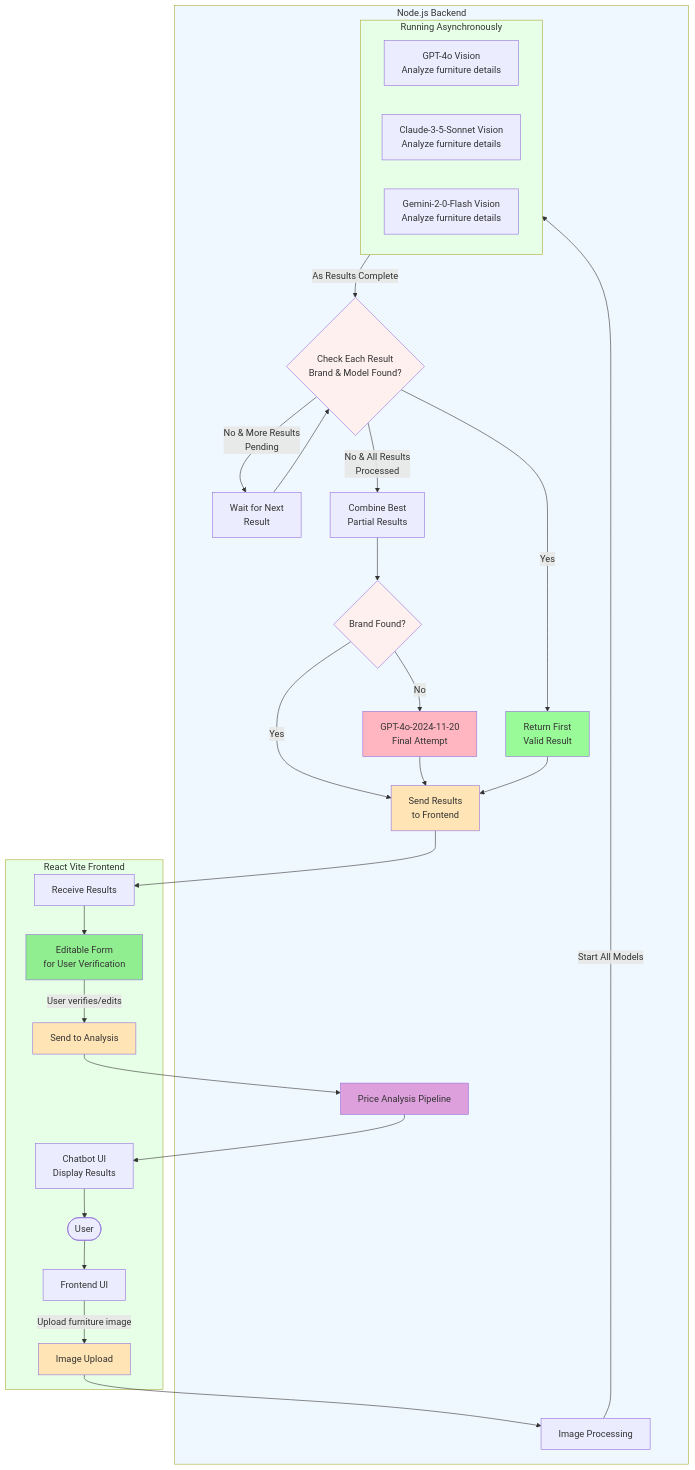
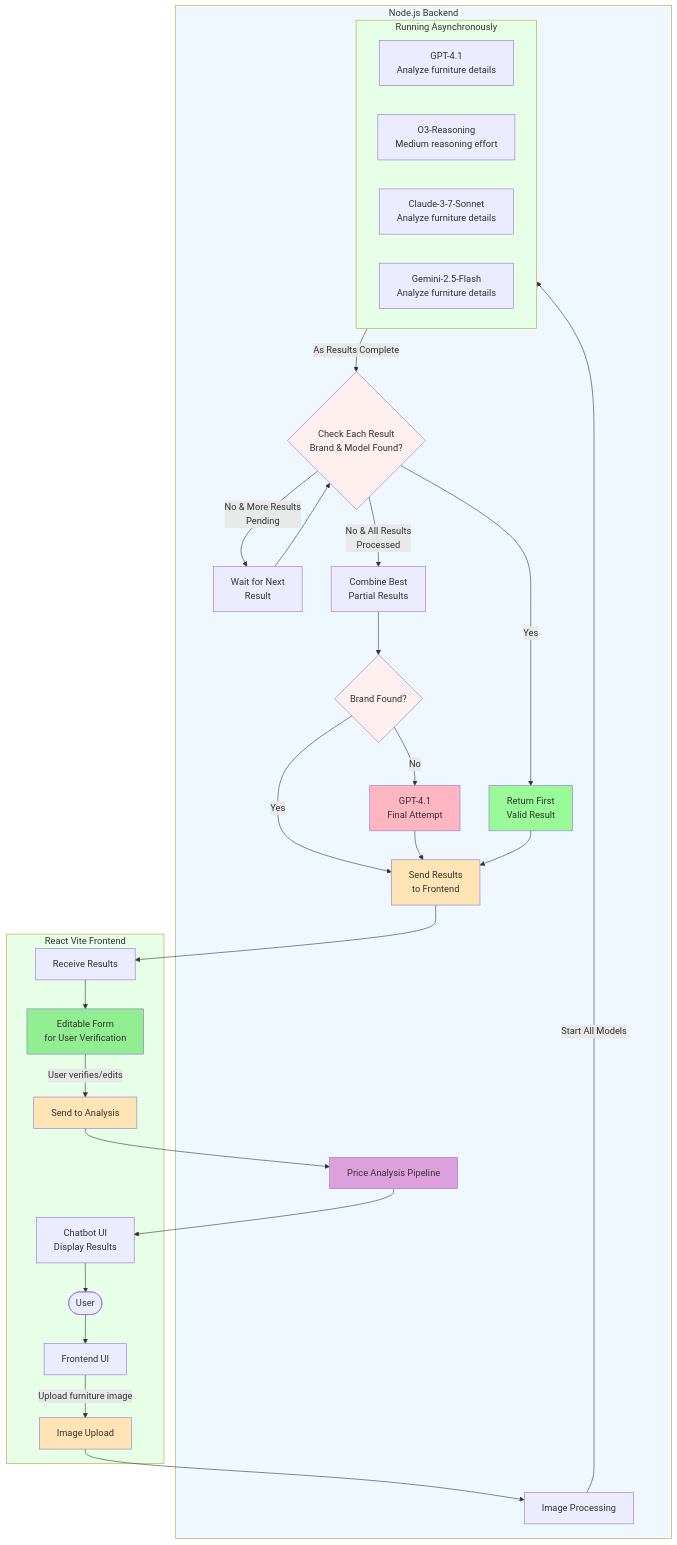
Before and after one commit to team-alya/kaluste-backend: the first of 2 diagrams in README.md, drawn with Mermaid. The commit also changed other lines of this file and 14 other files, not shown here.

````diff
--- a/README.md
+++ b/README.md
@@ -243,58 +69,59 @@
 ```mermaid
 flowchart TD
     User([User])
 
     subgraph FrontendProcessing[React Vite Frontend]
         User --> FrontendUI[Frontend UI]
         FrontendUI -->|Upload furniture image| ImageUpload[Image Upload]
         ResultsReceived[Receive Results] --> EditableForm[Editable Form<br>for User Verification]
         EditableForm -->|User verifies/edits| SendToAnalysis[Send to Analysis]
         Chatbot[Chatbot UI<br>Display Results] --> User
     end
 
     ImageUpload --> ImageProcess[Image Processing]
 
     subgraph NodeBackend[Node.js Backend]
         ImageProcess --> |Start All Models| AsyncModels[Async Vision Models]
 
         subgraph AsyncModels[Running Asynchronously]
             direction LR
-            GPT4[GPT-4o Vision<br>Analyze furniture details]
-            Claude[Claude-3-5-Sonnet Vision<br>Analyze furniture details]
-            Gemini[Gemini-2-0-Flash Vision<br>Analyze furniture details]
+            GPT4[GPT-4.1<br>Analyze furniture details]
+            O3[O3-Reasoning<br>Medium reasoning effort]
+            Claude[Claude-3-7-Sonnet<br>Analyze furniture details]
+            Gemini[Gemini-2.5-Flash<br>Analyze furniture details]
         end
 
         AsyncModels --> |As Results Complete| ResultCheck{Check Each Result<br>Brand & Model Found?}
 
         ResultCheck -->|Yes| StopAndUse[Return First<br>Valid Result]
         ResultCheck -->|No & More Results<br>Pending| WaitNext[Wait for Next<br>Result]
         WaitNext --> ResultCheck
 
         ResultCheck -->|No & All Results<br>Processed| CombineResults[Combine Best<br>Partial Results]
 
         CombineResults --> CheckBrand{Brand Found?}
         CheckBrand -->|Yes| SendToFrontend[Send Results<br>to Frontend]
-        CheckBrand -->|No| FinalGPT4[GPT-4o-2024-11-20<br>Final Attempt]
+        CheckBrand -->|No| FinalGPT4[GPT-4.1<br>Final Attempt]
         FinalGPT4 --> SendToFrontend
 
         StopAndUse --> SendToFrontend
 
         SendToFrontend --> ResultsReceived
 
         SendToAnalysis --> PriceAnalysis[Price Analysis Pipeline]
         PriceAnalysis --> Chatbot
     end
 
     style NodeBackend fill:#f0f8ff
     style FrontendProcessing fill:#e6ffe6
     style AsyncModels fill:#e6ffe6
     style ResultCheck fill:#fff0f0
     style EditableForm fill:#90EE90
     style StopAndUse fill:#98FB98
     style FinalGPT4 fill:#FFB6C1
     style CheckBrand fill:#fff0f0
     style PriceAnalysis fill:#DDA0DD
     style SendToFrontend fill:#FFE4B5
     style ImageUpload fill:#FFE4B5
     style SendToAnalysis fill:#FFE4B5
 ```
````
